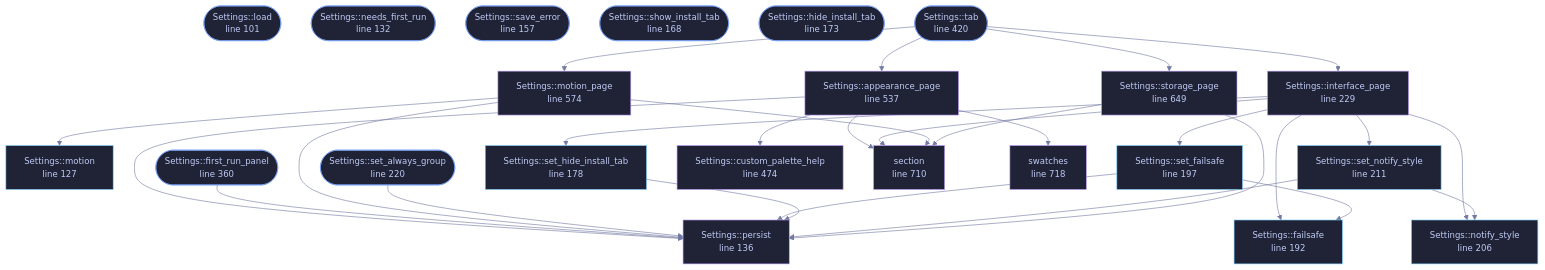
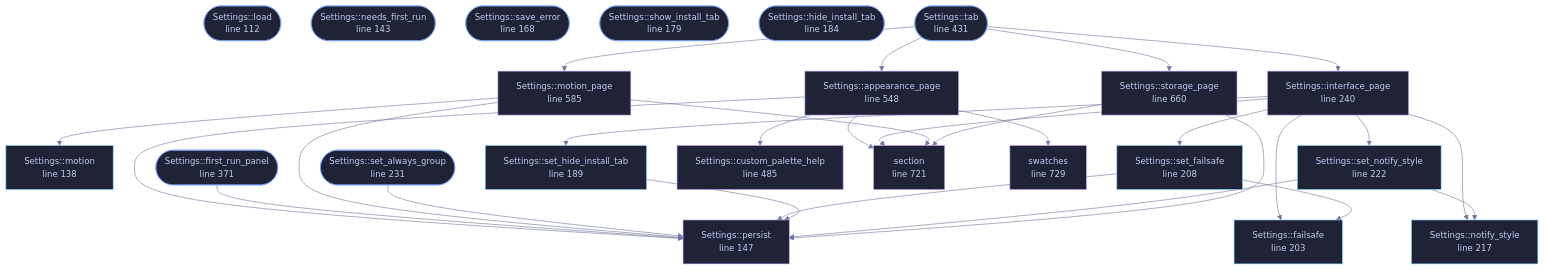
One commit to tilas01/veilvoice changed the diagram in wiki/File-veilvoice-gui-settings.md. Above: the diagram before and after it, drawn with Mermaid. The commit also changed other lines of this file and 487 other files, not shown here.

````diff
--- a/wiki/File-veilvoice-gui-settings.md
+++ b/wiki/File-veilvoice-gui-settings.md
@@ -78,80 +90,80 @@
 ```mermaid
 %%{init: {"theme":"base","themeVariables":{"background":"#1a1b26","primaryColor":"#1f2335","primaryTextColor":"#c0caf5","primaryBorderColor":"#7aa2f7","secondaryColor":"#16161e","tertiaryColor":"#16161e","lineColor":"#737aa2","textColor":"#c0caf5","mainBkg":"#1f2335","nodeBorder":"#7aa2f7","clusterBkg":"#16161e","clusterBorder":"#2f3549","fontFamily":"ui-monospace, SFMono-Regular, Consolas, monospace","fontSize":"14px"}}}%%
 flowchart TD
-    n_load(["Settings::load<br/>line 101"])
-    n_motion["Settings::motion<br/>line 127"]
-    n_needs_first_run(["Settings::needs_first_run<br/>line 132"])
-    n_persist["Settings::persist<br/>line 136"]
-    n_save_error(["Settings::save_error<br/>line 157"])
-    n_show_install_tab(["Settings::show_install_tab<br/>line 168"])
-    n_hide_install_tab(["Settings::hide_install_tab<br/>line 173"])
-    n_set_hide_install_tab["Settings::set_hide_install_tab<br/>line 178"]
-    n_failsafe["Settings::failsafe<br/>line 192"]
-    n_set_failsafe["Settings::set_failsafe<br/>line 197"]
-    n_notify_style["Settings::notify_style<br/>line 206"]
-    n_set_notify_style["Settings::set_notify_style<br/>line 211"]
-    n_set_always_group(["Settings::set_always_group<br/>line 220"])
-    n_interface_page["Settings::interface_page<br/>line 229"]
-    n_first_run_panel(["Settings::first_run_panel<br/>line 360"])
-    n_tab(["Settings::tab<br/>line 420"])
-    n_custom_palette_help["Settings::custom_palette_help<br/>line 474"]
-    n_appearance_page["Settings::appearance_page<br/>line 537"]
-    n_motion_page["Settings::motion_page<br/>line 574"]
-    n_storage_page["Settings::storage_page<br/>line 649"]
-    n_section["section<br/>line 710"]
-    n_swatches["swatches<br/>line 718"]
+    n_load(["Settings::load<br/>line 112"])
+    n_motion["Settings::motion<br/>line 138"]
+    n_needs_first_run(["Settings::needs_first_run<br/>line 143"])
+    n_persist["Settings::persist<br/>line 147"]
+    n_save_error(["Settings::save_error<br/>line 168"])
+    n_show_install_tab(["Settings::show_install_tab<br/>line 179"])
+    n_hide_install_tab(["Settings::hide_install_tab<br/>line 184"])
+    n_set_hide_install_tab["Settings::set_hide_install_tab<br/>line 189"]
+    n_failsafe["Settings::failsafe<br/>line 203"]
+    n_set_failsafe["Settings::set_failsafe<br/>line 208"]
+    n_notify_style["Settings::notify_style<br/>line 217"]
+    n_set_notify_style["Settings::set_notify_style<br/>line 222"]
+    n_set_always_group(["Settings::set_always_group<br/>line 231"])
+    n_interface_page["Settings::interface_page<br/>line 240"]
+    n_first_run_panel(["Settings::first_run_panel<br/>line 371"])
+    n_tab(["Settings::tab<br/>line 431"])
+    n_custom_palette_help["Settings::custom_palette_help<br/>line 485"]
+    n_appearance_page["Settings::appearance_page<br/>line 548"]
+    n_motion_page["Settings::motion_page<br/>line 585"]
+    n_storage_page["Settings::storage_page<br/>line 660"]
+    n_section["section<br/>line 721"]
+    n_swatches["swatches<br/>line 729"]
     n_appearance_page --> n_custom_palette_help
     n_appearance_page --> n_persist
     n_appearance_page --> n_section
     n_appearance_page --> n_swatches
     n_first_run_panel --> n_persist
     n_interface_page --> n_failsafe
     n_interface_page --> n_notify_style
     n_interface_page --> n_section
     n_interface_page --> n_set_failsafe
     n_interface_page --> n_set_hide_install_tab
     n_interface_page --> n_set_notify_style
     n_motion_page --> n_motion
     n_motion_page --> n_persist
     n_motion_page --> n_section
     n_set_always_group --> n_persist
     n_set_failsafe --> n_failsafe
     n_set_failsafe --> n_persist
     n_set_hide_install_tab --> n_persist
     n_set_notify_style --> n_notify_style
     n_set_notify_style --> n_persist
     n_storage_page --> n_persist
     n_storage_page --> n_section
     n_tab --> n_appearance_page
     n_tab --> n_interface_page
     n_tab --> n_motion_page
     n_tab --> n_storage_page
-    click n_load href "https://github.com/tilas01/veilvoice/blob/main/crates/veilvoice-gui/src/settings.rs#L101" "open the source"
-    click n_motion href "https://github.com/tilas01/veilvoice/blob/main/crates/veilvoice-gui/src/settings.rs#L127" "open the source"
-    click n_needs_first_run href "https://github.com/tilas01/veilvoice/blob/main/crates/veilvoice-gui/src/settings.rs#L132" "open the source"
-    click n_persist href "https://github.com/tilas01/veilvoice/blob/main/crates/veilvoice-gui/src/settings.rs#L136" "open the source"
-    click n_save_error href "https://github.com/tilas01/veilvoice/blob/main/crates/veilvoice-gui/src/settings.rs#L157" "open the source"
-    click n_show_install_tab href "https://github.com/tilas01/veilvoice/blob/main/crates/veilvoice-gui/src/settings.rs#L168" "open the source"
-    click n_hide_install_tab href "https://github.com/tilas01/veilvoice/blob/main/crates/veilvoice-gui/src/settings.rs#L173" "open the source"
-    click n_set_hide_install_tab href "https://github.com/tilas01/veilvoice/blob/main/crates/veilvoice-gui/src/settings.rs#L178" "open the source"
-    click n_failsafe href "https://github.com/tilas01/veilvoice/blob/main/crates/veilvoice-gui/src/settings.rs#L192" "open the source"
-    click n_set_failsafe href "https://github.com/tilas01/veilvoice/blob/main/crates/veilvoice-gui/src/settings.rs#L197" "open the source"
-    click n_notify_style href "https://github.com/tilas01/veilvoice/blob/main/crates/veilvoice-gui/src/settings.rs#L206" "open the source"
-    click n_set_notify_style href "https://github.com/tilas01/veilvoice/blob/main/crates/veilvoice-gui/src/settings.rs#L211" "open the source"
-    click n_set_always_group href "https://github.com/tilas01/veilvoice/blob/main/crates/veilvoice-gui/src/settings.rs#L220" "open the source"
-    click n_interface_page href "https://github.com/tilas01/veilvoice/blob/main/crates/veilvoice-gui/src/settings.rs#L229" "open the source"
-    click n_first_run_panel href "https://github.com/tilas01/veilvoice/blob/main/crates/veilvoice-gui/src/settings.rs#L360" "open the source"
-    click n_tab href "https://github.com/tilas01/veilvoice/blob/main/crates/veilvoice-gui/src/settings.rs#L420" "open the source"
-    click n_custom_palette_help href "https://github.com/tilas01/veilvoice/blob/main/crates/veilvoice-gui/src/settings.rs#L474" "open the source"
-    click n_appearance_page href "https://github.com/tilas01/veilvoice/blob/main/crates/veilvoice-gui/src/settings.rs#L537" "open the source"
-    click n_motion_page href "https://github.com/tilas01/veilvoice/blob/main/crates/veilvoice-gui/src/settings.rs#L574" "open the source"
-    click n_storage_page href "https://github.com/tilas01/veilvoice/blob/main/crates/veilvoice-gui/src/settings.rs#L649" "open the source"
-    click n_section href "https://github.com/tilas01/veilvoice/blob/main/crates/veilvoice-gui/src/settings.rs#L710" "open the source"
-    click n_swatches href "https://github.com/tilas01/veilvoice/blob/main/crates/veilvoice-gui/src/settings.rs#L718" "open the source"
+    click n_load href "https://github.com/tilas01/veilvoice/blob/main/crates/veilvoice-gui/src/settings.rs#L112" "open the source"
+    click n_motion href "https://github.com/tilas01/veilvoice/blob/main/crates/veilvoice-gui/src/settings.rs#L138" "open the source"
+    click n_needs_first_run href "https://github.com/tilas01/veilvoice/blob/main/crates/veilvoice-gui/src/settings.rs#L143" "open the source"
+    click n_persist href "https://github.com/tilas01/veilvoice/blob/main/crates/veilvoice-gui/src/settings.rs#L147" "open the source"
+    click n_save_error href "https://github.com/tilas01/veilvoice/blob/main/crates/veilvoice-gui/src/settings.rs#L168" "open the source"
+    click n_show_install_tab href "https://github.com/tilas01/veilvoice/blob/main/crates/veilvoice-gui/src/settings.rs#L179" "open the source"
+    click n_hide_install_tab href "https://github.com/tilas01/veilvoice/blob/main/crates/veilvoice-gui/src/settings.rs#L184" "open the source"
+    click n_set_hide_install_tab href "https://github.com/tilas01/veilvoice/blob/main/crates/veilvoice-gui/src/settings.rs#L189" "open the source"
+    click n_failsafe href "https://github.com/tilas01/veilvoice/blob/main/crates/veilvoice-gui/src/settings.rs#L203" "open the source"
+    click n_set_failsafe href "https://github.com/tilas01/veilvoice/blob/main/crates/veilvoice-gui/src/settings.rs#L208" "open the source"
+    click n_notify_style href "https://github.com/tilas01/veilvoice/blob/main/crates/veilvoice-gui/src/settings.rs#L217" "open the source"
+    click n_set_notify_style href "https://github.com/tilas01/veilvoice/blob/main/crates/veilvoice-gui/src/settings.rs#L222" "open the source"
+    click n_set_always_group href "https://github.com/tilas01/veilvoice/blob/main/crates/veilvoice-gui/src/settings.rs#L231" "open the source"
+    click n_interface_page href "https://github.com/tilas01/veilvoice/blob/main/crates/veilvoice-gui/src/settings.rs#L240" "open the source"
+    click n_first_run_panel href "https://github.com/tilas01/veilvoice/blob/main/crates/veilvoice-gui/src/settings.rs#L371" "open the source"
+    click n_tab href "https://github.com/tilas01/veilvoice/blob/main/crates/veilvoice-gui/src/settings.rs#L431" "open the source"
+    click n_custom_palette_help href "https://github.com/tilas01/veilvoice/blob/main/crates/veilvoice-gui/src/settings.rs#L485" "open the source"
+    click n_appearance_page href "https://github.com/tilas01/veilvoice/blob/main/crates/veilvoice-gui/src/settings.rs#L548" "open the source"
+    click n_motion_page href "https://github.com/tilas01/veilvoice/blob/main/crates/veilvoice-gui/src/settings.rs#L585" "open the source"
+    click n_storage_page href "https://github.com/tilas01/veilvoice/blob/main/crates/veilvoice-gui/src/settings.rs#L660" "open the source"
+    click n_section href "https://github.com/tilas01/veilvoice/blob/main/crates/veilvoice-gui/src/settings.rs#L721" "open the source"
+    click n_swatches href "https://github.com/tilas01/veilvoice/blob/main/crates/veilvoice-gui/src/settings.rs#L729" "open the source"
     classDef entry fill:#1f2335,stroke:#7aa2f7,color:#c0caf5
     class n_load,n_needs_first_run,n_save_error,n_show_install_tab,n_hide_install_tab,n_set_always_group,n_first_run_panel,n_tab entry
     classDef api fill:#1f2335,stroke:#7dcfff,color:#c0caf5
     class n_motion,n_set_hide_install_tab,n_failsafe,n_set_failsafe,n_notify_style,n_set_notify_style api
     classDef helper fill:#1f2335,stroke:#bb9af7,color:#c0caf5
     class n_persist,n_interface_page,n_custom_palette_help,n_appearance_page,n_motion_page,n_storage_page,n_section,n_swatches helper
 ```
````
